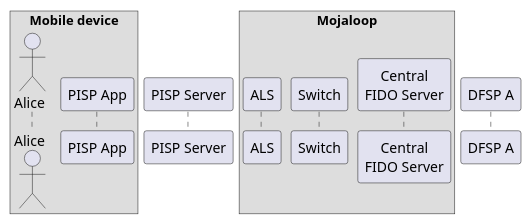
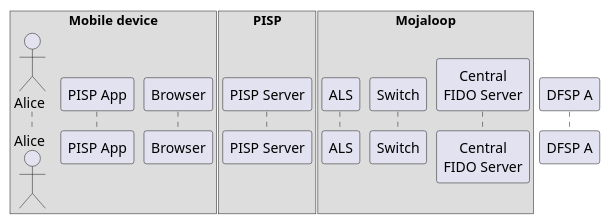
One commit to jgeewax/mojaloop-pisp changed the diagram in pisp/linking/participants.iuml. Above: the diagram before and after it, drawn with PlantUML. The commit also changed 3 other files, not shown here.

```diff
--- a/pisp/linking/participants.iuml
+++ b/pisp/linking/participants.iuml
@@ -1,11 +1,15 @@
 box "Mobile device"
     actor Alice
     participant "PISP App" as App
+    participant "Browser" as Browser
+    
 end box
+box "PISP"
 participant "PISP Server" as Server
+end box
 box "Mojaloop"
     participant ALS
     participant Switch
     participant "Central\nFIDO Server" as FIDO
 end box
 participant "DFSP A" as DFSP
```
